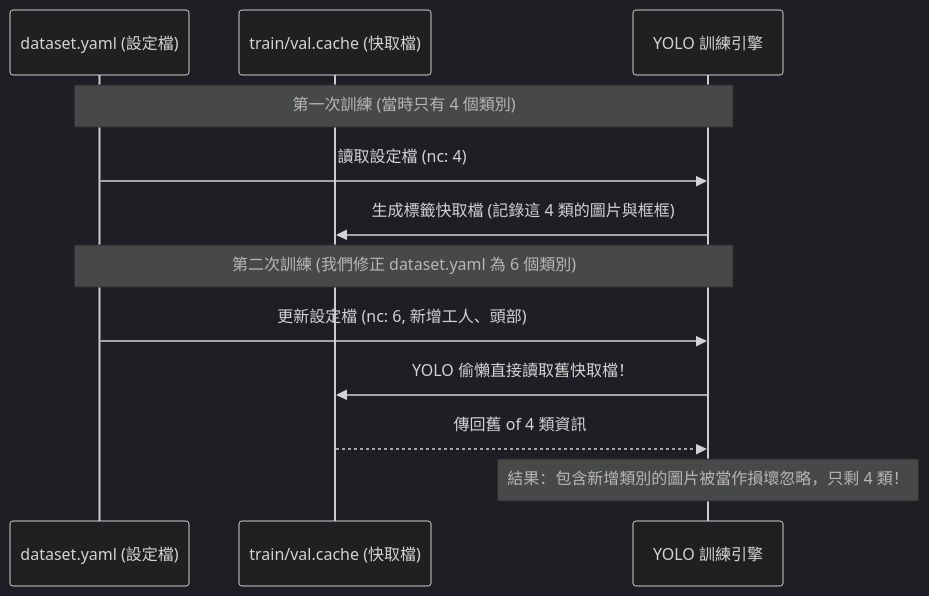
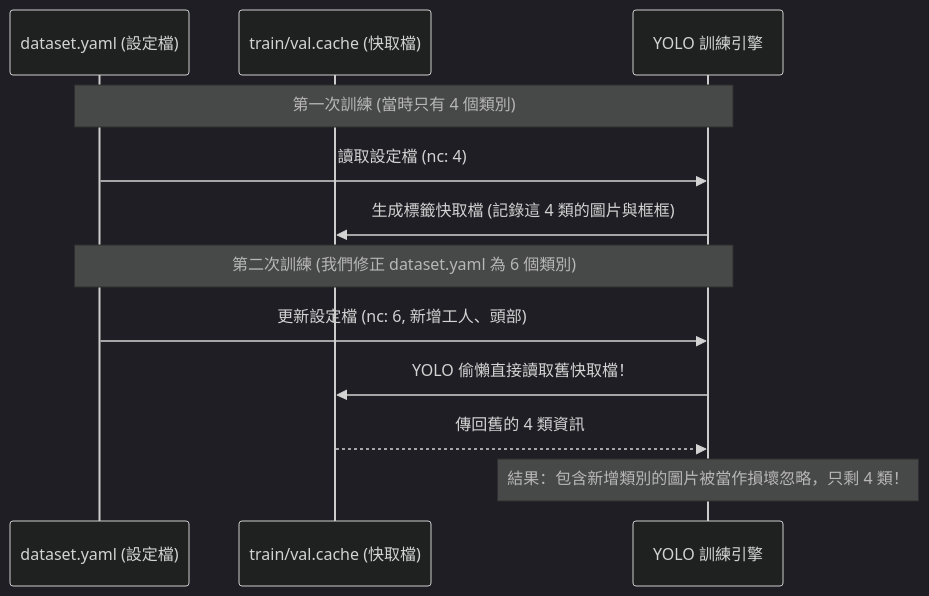
One commit to zongyandeng/AIoT changed the second of 3 diagrams in YOLO_Concepts_Summary.md. Above: the diagram before and after it, drawn with Mermaid (dark theme). The commit also changed other lines of this file, not shown here.

````diff
--- a/YOLO_Concepts_Summary.md
+++ b/YOLO_Concepts_Summary.md
@@ -100,14 +101,14 @@
 ```mermaid
 sequenceDiagram
     participant D as dataset.yaml (設定檔)
     participant C as train/val.cache (快取檔)
     participant Y as YOLO 訓練引擎
     Note over D,Y: 第一次訓練 (當時只有 4 個類別)
     D ->> Y: 讀取設定檔 (nc: 4)
     Y ->> C: 生成標籤快取檔 (記錄這 4 類的圖片與框框)
     Note over D,Y: 第二次訓練 (我們修正 dataset.yaml 為 6 個類別)
     D ->> Y: 更新設定檔 (nc: 6, 新增工人、頭部)
     Y ->> C: YOLO 偷懶直接讀取舊快取檔！
-    C -->> Y: 傳回舊 of 4 類資訊
+    C -->> Y: 傳回舊的 4 類資訊
     Note over Y: 結果：包含新增類別的圖片被當作損壞忽略，只剩 4 類！
 ```
````
